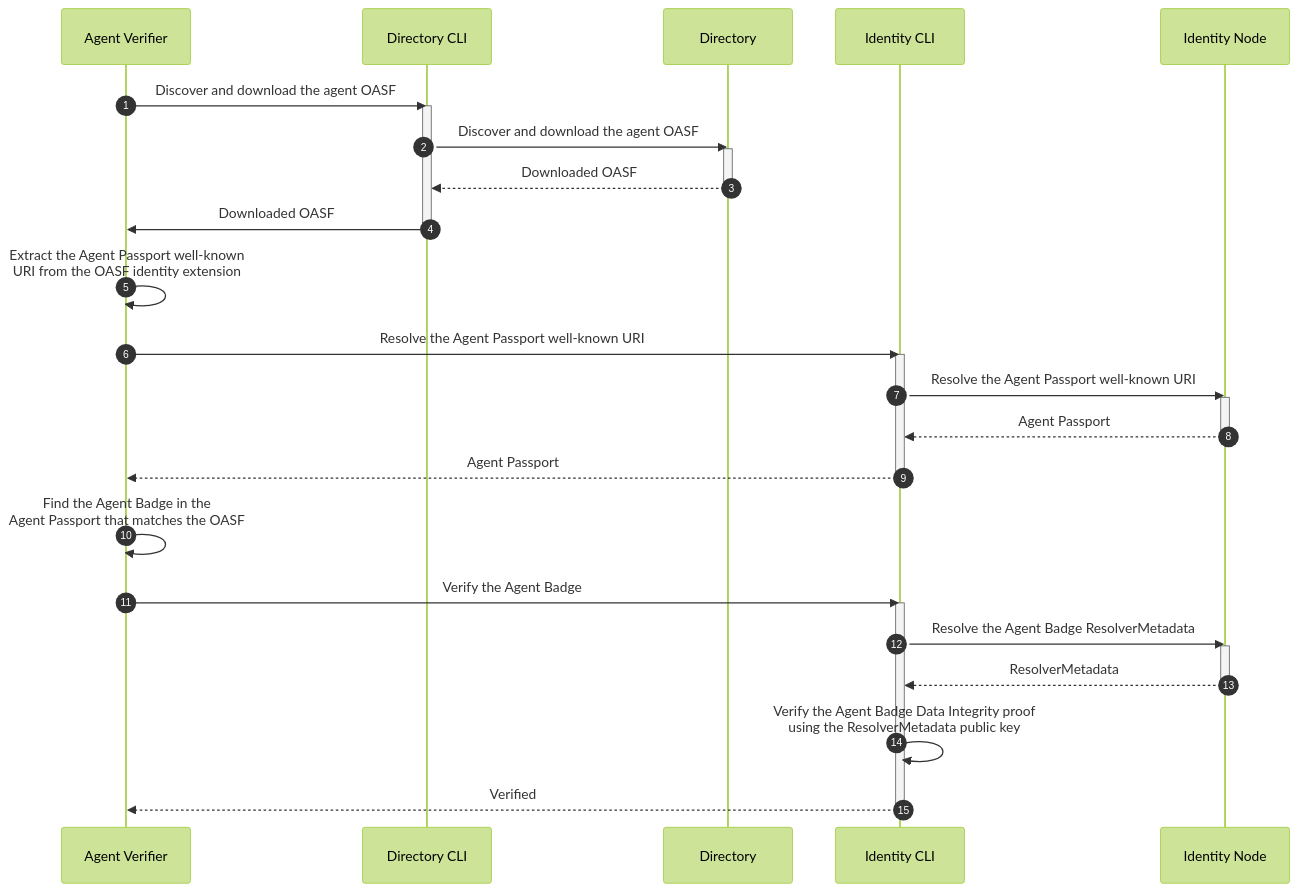
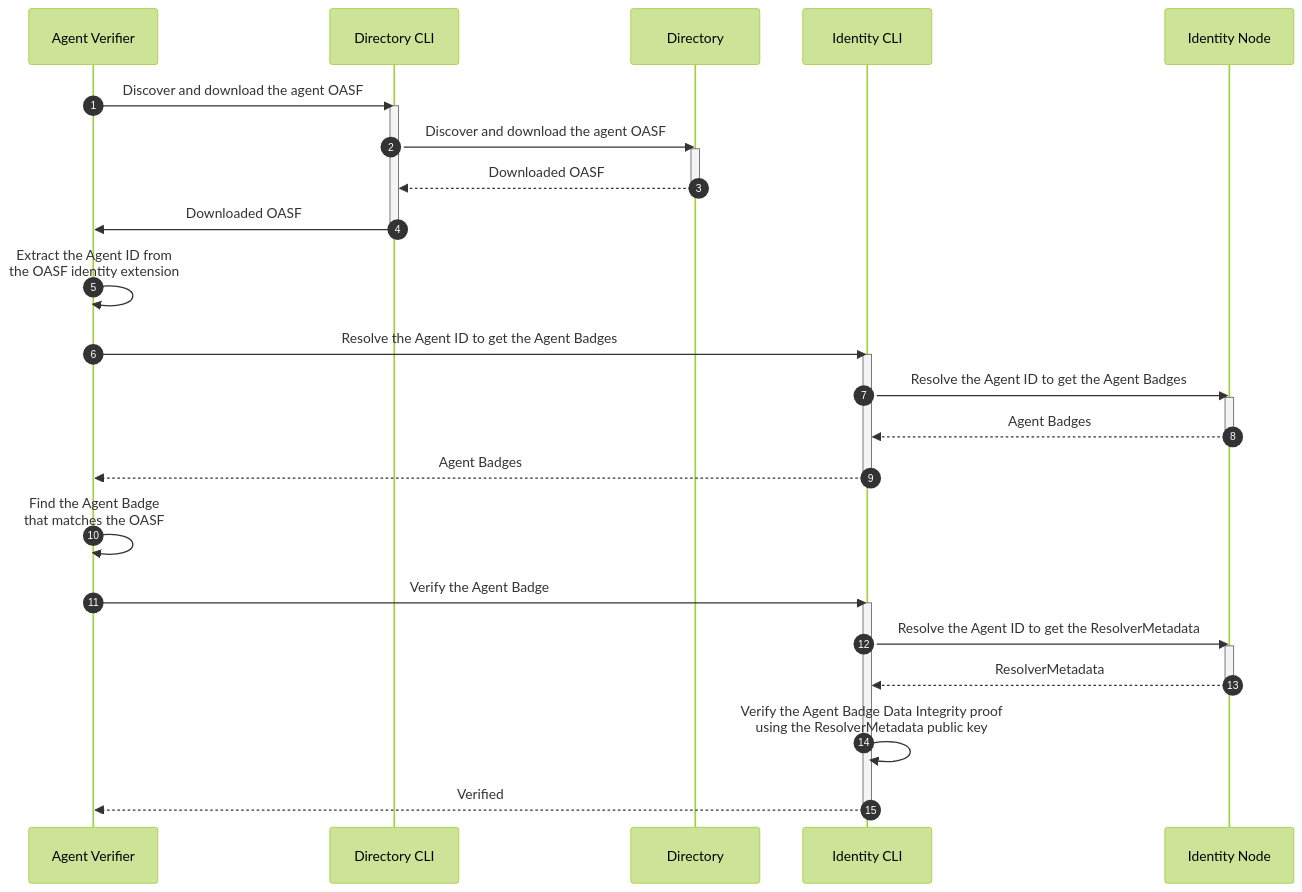
The third of 4 diagrams in docs-src/docs/specs/flows/agntcy_advanced.md (agntcy/identity-spec), drawn with Mermaid (forest theme) before and after one commit. The commit also changed other lines of this file, not shown here.

Commit message:
fix: remove agent passport

````diff
--- a/docs-src/docs/specs/flows/agntcy_advanced.md
+++ b/docs-src/docs/specs/flows/agntcy_advanced.md
@@ -131,38 +107,36 @@
 ```mermaid
 sequenceDiagram
 autonumber
 
-% Discover + download the agent OASF
 Agent Verifier->>Directory CLI: Discover and download the agent OASF
 activate Directory CLI
 Directory CLI->>Directory: Discover and download the agent OASF
 activate Directory
 Directory-->>Directory CLI: Downloaded OASF
 deactivate Directory
 Directory CLI->>Agent Verifier: Downloaded OASF
 deactivate Directory CLI
 
-Agent Verifier->>Agent Verifier: Extract the Agent Passport well-known<br/>URI from the OASF identity extension
+Agent Verifier->>Agent Verifier: Extract the Agent ID from<br/>the OASF identity extension
 
-% Resolve the ID into a list of Agent Passports
-Agent Verifier->>Identity CLI: Resolve the Agent Passport well-known URI
+Agent Verifier->>Identity CLI: Resolve the Agent ID to get the Agent Badges
 activate Identity CLI
-Identity CLI->>Identity Node: Resolve the Agent Passport well-known URI
+Identity CLI->>Identity Node: Resolve the Agent ID to get the Agent Badges
 activate Identity Node
-Identity Node-->>Identity CLI: Agent Passport
+Identity Node-->>Identity CLI: Agent Badges
 deactivate Identity Node
-Identity CLI-->>Agent Verifier: Agent Passport
+Identity CLI-->>Agent Verifier: Agent Badges
 deactivate Identity CLI
 
-% Find and verify the Agent Badge
-Agent Verifier->>Agent Verifier: Find the Agent Badge in the<br/>Agent Passport that matches the OASF
+Agent Verifier->>Agent Verifier: Find the Agent Badge<br/>that matches the OASF
+
 Agent Verifier->>Identity CLI: Verify the Agent Badge
 activate Identity CLI
-Identity CLI->>Identity Node: Resolve the Agent Badge ResolverMetadata
+Identity CLI->>Identity Node: Resolve the Agent ID to get the ResolverMetadata
 activate Identity Node
 Identity Node-->>Identity CLI: ResolverMetadata
 deactivate Identity Node
 Identity CLI->>Identity CLI: Verify the Agent Badge Data Integrity proof<br/>using the ResolverMetadata public key
 Identity CLI-->>Agent Verifier: Verified
 deactivate Identity CLI
 ```
````
